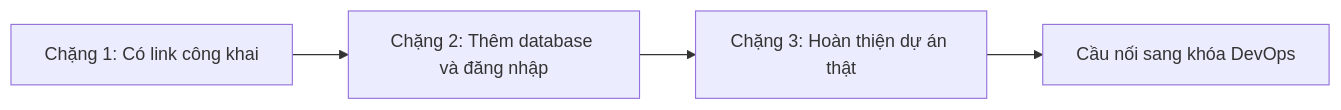
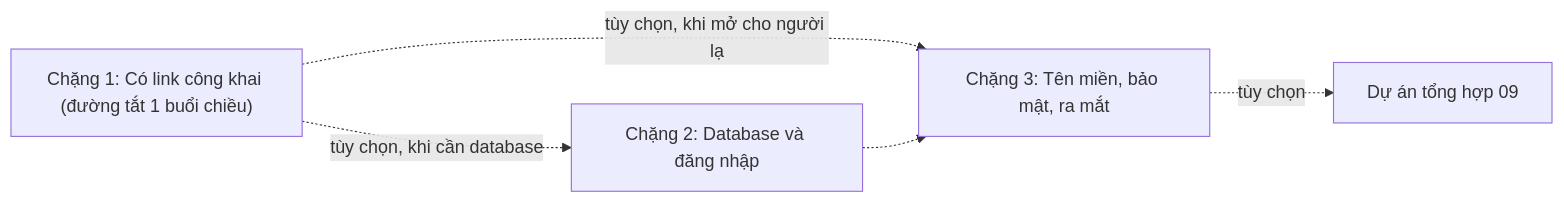
One commit to TienNHM/devops-course changed the diagram in vibe/index.md. Above: the diagram before and after it, drawn with Mermaid. The commit also changed other lines of this file and 165 other files, not shown here.

````diff
--- a/vibe/index.md
+++ b/vibe/index.md
@@ -43,6 +43,7 @@
 ```mermaid
 flowchart LR
-    A["Chặng 1: Có link công khai"] --> B["Chặng 2: Thêm database và đăng nhập"]
-    B --> C["Chặng 3: Hoàn thiện dự án thật"]
-    C --> D["Cầu nối sang khóa DevOps"]
+    A["Chặng 1: Có link công khai (đường tắt 1 buổi chiều)"] -.->|"tùy chọn, khi cần database"| B["Chặng 2: Database và đăng nhập"]
+    A -.->|"tùy chọn, khi mở cho người lạ"| C["Chặng 3: Tên miền, bảo mật, ra mắt"]
+    B -.-> C
+    C -.->|"tùy chọn"| P["Dự án tổng hợp 09"]
 ```
````
